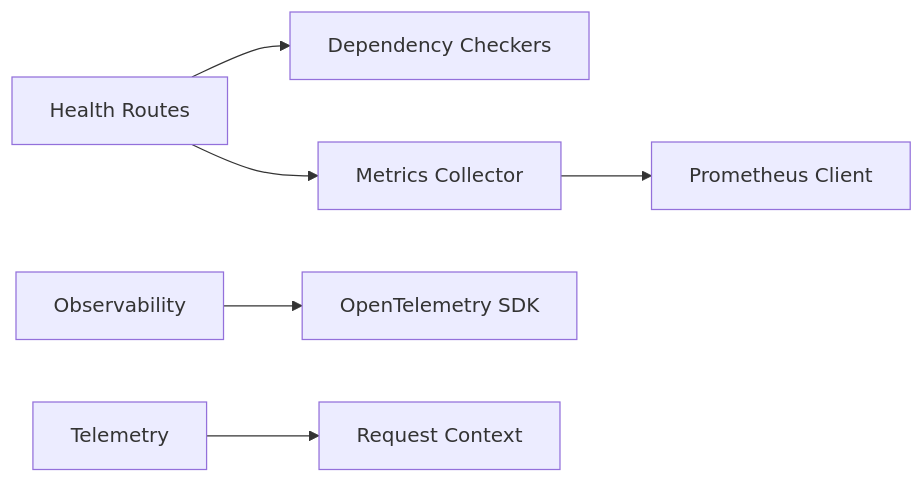
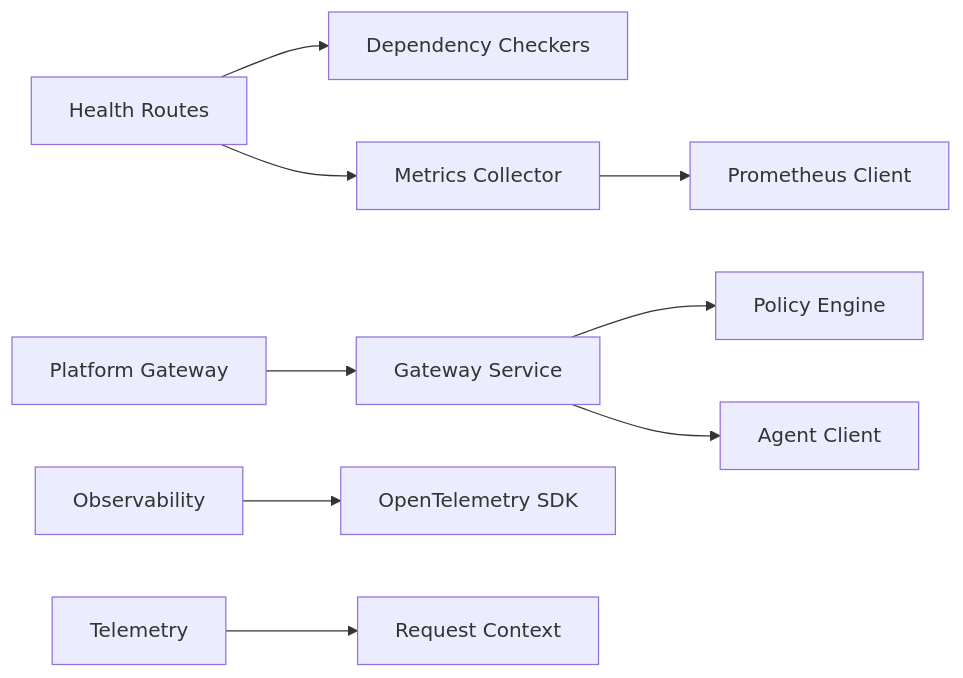
One commit to metasync/luban-aiops changed the eighth of 8 diagrams in .qoder/repowiki/en/content/API Reference/Agent Platform API/Health & Monitoring API.md. Above: the diagram before and after it, drawn with Mermaid. The commit also changed other lines of this file and 22 other files, not shown here.

````diff
--- a/.qoder/repowiki/en/content/API Reference/Agent Platform API/Health & Monitoring API.md
+++ b/.qoder/repowiki/en/content/API Reference/Agent Platform API/Health & Monitoring API.md
@@ -330,8 +432,11 @@
 ```mermaid
 graph LR
 Health["Health Routes"] --> Deps["Dependency Checkers"]
 Health --> Metrics["Metrics Collector"]
+Gateway["Platform Gateway"] --> GatewayService["Gateway Service"]
+GatewayService --> PolicyEngine["Policy Engine"]
+GatewayService --> AgentClient["Agent Client"]
 Metrics --> Prometheus["Prometheus Client"]
 Observability["Observability"] --> OTel["OpenTelemetry SDK"]
 Telemetry["Telemetry"] --> Context["Request Context"]
 ```
````
